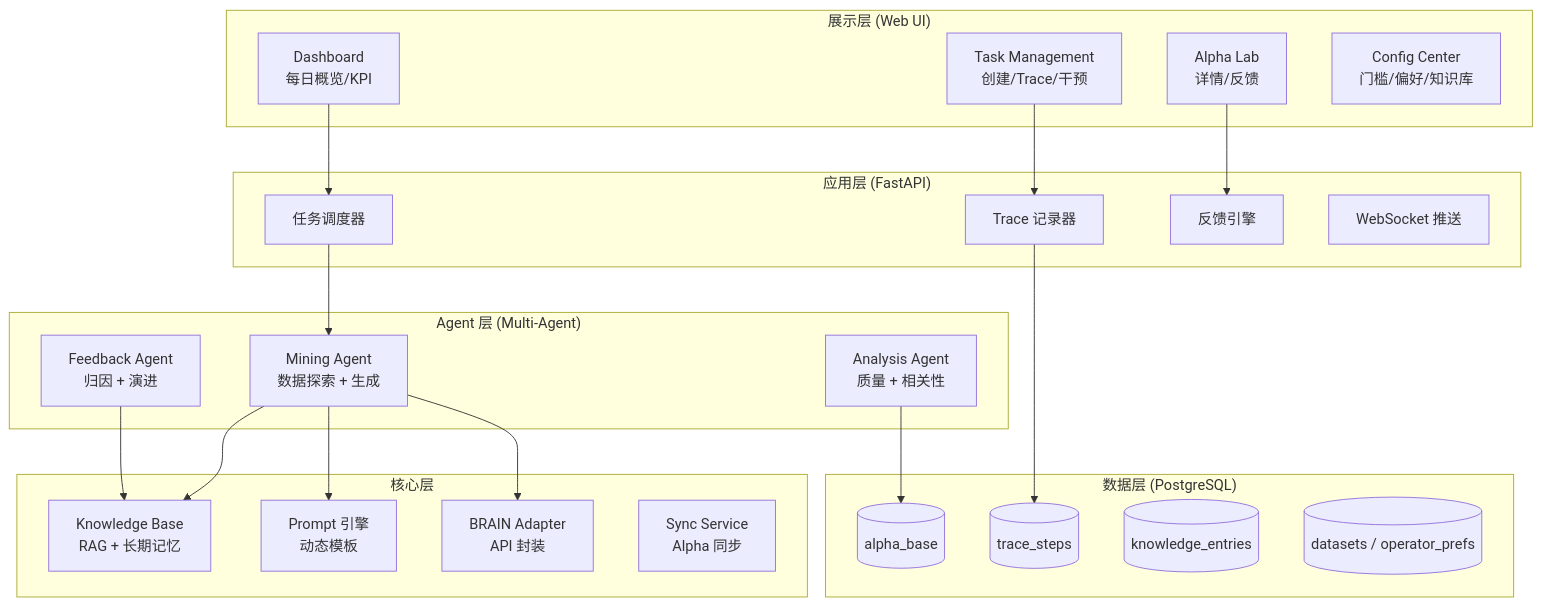
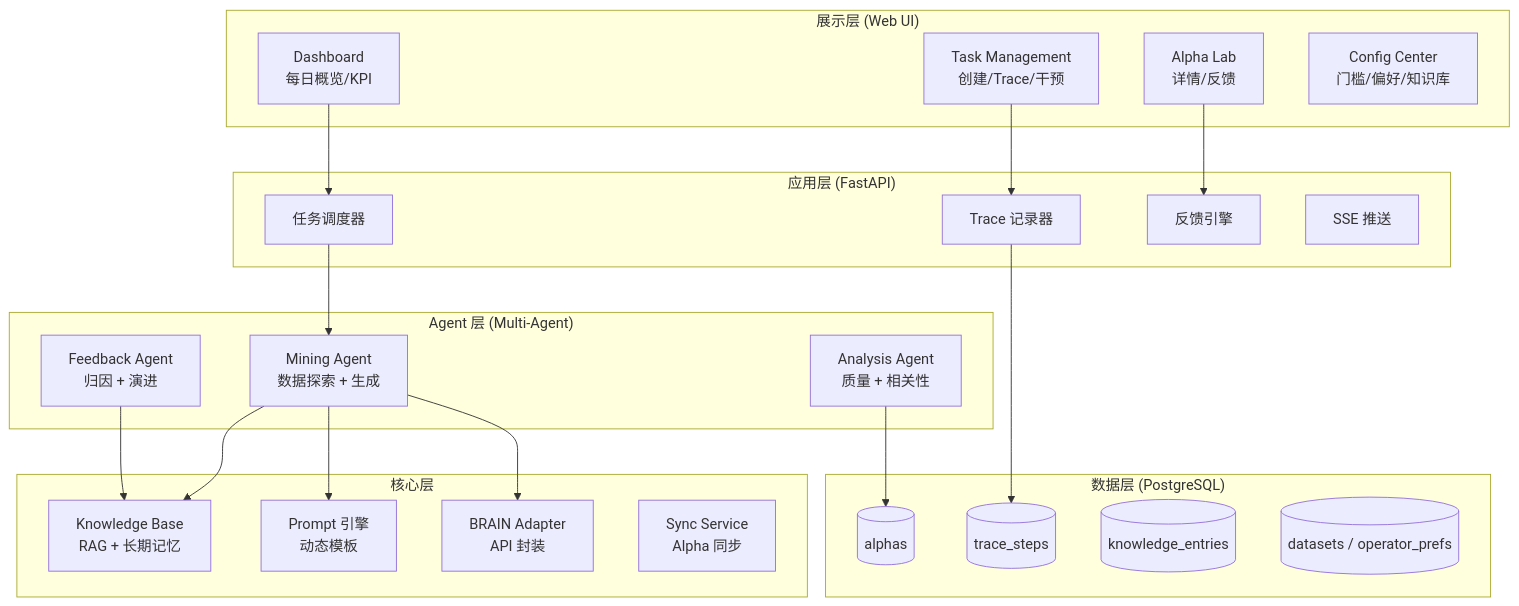
The first of 6 diagrams in data/详细设计说明文档.md (chengzhi43/worldquant-alpha-aiac), drawn with Mermaid before and after one commit. The commit also changed other lines of this file and 12 other files, not shown here.

````diff
--- a/data/详细设计说明文档.md
+++ b/data/详细设计说明文档.md
@@ -16,50 +16,50 @@
 ```mermaid
 graph TB
     subgraph Presentation["展示层 (Web UI)"]
         Dashboard["Dashboard<br/>每日概览/KPI"]
         TaskMgmt["Task Management<br/>创建/Trace/干预"]
         AlphaLab["Alpha Lab<br/>详情/反馈"]
         ConfigCenter["Config Center<br/>门槛/偏好/知识库"]
     end
 
     subgraph Application["应用层 (FastAPI)"]
         TaskScheduler["任务调度器"]
         TraceRecorder["Trace 记录器"]
         FeedbackEngine["反馈引擎"]
-        WebSocket["WebSocket 推送"]
+        SSE["SSE 推送"]
     end
 
     subgraph Agent["Agent 层 (Multi-Agent)"]
         MiningAgent["Mining Agent<br/>数据探索 + 生成"]
         AnalysisAgent["Analysis Agent<br/>质量 + 相关性"]
         FeedbackAgent["Feedback Agent<br/>归因 + 演进"]
     end
 
     subgraph Core["核心层"]
         KnowledgeBase["Knowledge Base<br/>RAG + 长期记忆"]
         PromptEngine["Prompt 引擎<br/>动态模板"]
         BrainAdapter["BRAIN Adapter<br/>API 封装"]
         SyncService["Sync Service<br/>Alpha 同步"]
     end
 
     subgraph Data["数据层 (PostgreSQL)"]
-        AlphaBase[("alpha_base")]
+        AlphaBase[("alphas")]
         TraceDB[("trace_steps")]
         KnowledgeDB[("knowledge_entries")]
         MetaDB[("datasets / operator_prefs")]
     end
 
     Dashboard --> TaskScheduler
     TaskMgmt --> TraceRecorder
     AlphaLab --> FeedbackEngine
 
     TaskScheduler --> MiningAgent
     MiningAgent --> KnowledgeBase
     MiningAgent --> PromptEngine
     MiningAgent --> BrainAdapter
 
     AnalysisAgent --> AlphaBase
     FeedbackAgent --> KnowledgeBase
 
     TraceRecorder --> TraceDB
 ```
````
